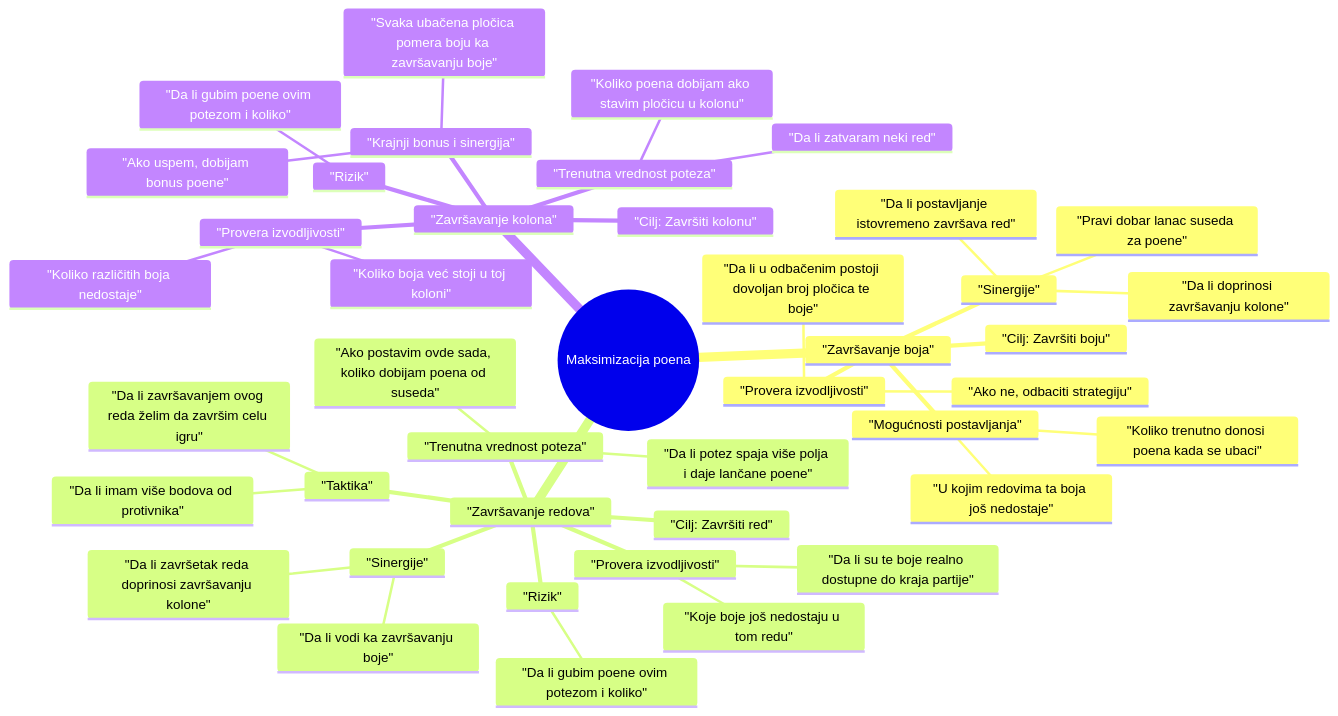
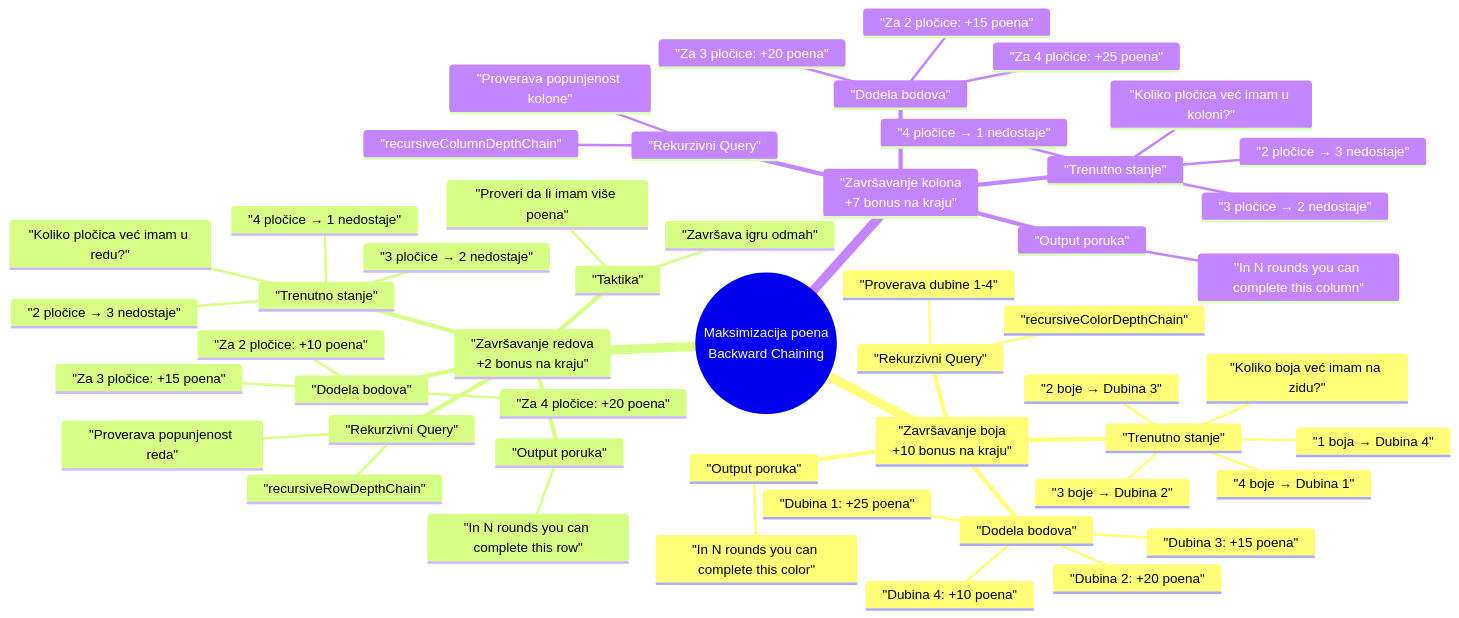
The first of 2 diagrams in README.md (borismarkovsv73/aizul), drawn with Mermaid before and after one commit. The commit also changed other lines of this file and 2 other files, not shown here.

````diff
--- a/README.md
+++ b/README.md
@@ -178,45 +116,54 @@
 ```mermaid
 mindmap
-  root((Maksimizacija poena))
-    "Završavanje boja"
-      "Cilj: Završiti boju"
-      "Provera izvodljivosti"
-        "Da li u odbačenim postoji dovoljan broj pločica te boje"
-        "Ako ne, odbaciti strategiju"
-      "Mogućnosti postavljanja"
-        "U kojim redovima ta boja još nedostaje"
-        "Koliko trenutno donosi poena kada se ubaci"
-      "Sinergije"
-        "Da li postavljanje istovremeno završava red"
-        "Da li doprinosi završavanju kolone"
-        "Pravi dobar lanac suseda za poene"
-    "Završavanje redova"
-      "Cilj: Završiti red"
-      "Provera izvodljivosti"
-        "Koje boje još nedostaju u tom redu"
-        "Da li su te boje realno dostupne do kraja partije"
-      "Trenutna vrednost poteza"
-        "Ako postavim ovde sada, koliko dobijam poena od suseda"
-        "Da li potez spaja više polja i daje lančane poene"
-      "Sinergije"
-        "Da li završetak reda doprinosi završavanju kolone"
-        "Da li vodi ka završavanju boje"
-      "Rizik"
-        "Da li gubim poene ovim potezom i koliko"
+  root((Maksimizacija poena<br/>Backward Chaining))
+    "Završavanje boja<br/>+10 bonus na kraju"
+      "Rekurzivni Query"
+        "recursiveColorDepthChain"
+        "Proverava dubine 1-4"
+      "Trenutno stanje"
+        "Koliko boja već imam na zidu?"
+        "1 boja → Dubina 4"
+        "2 boje → Dubina 3"
+        "3 boje → Dubina 2"
+        "4 boje → Dubina 1"
+      "Dodela bodova"
+        "Dubina 4: +10 poena"
+        "Dubina 3: +15 poena"
+        "Dubina 2: +20 poena"
+        "Dubina 1: +25 poena"
+      "Output poruka"
+        "In N rounds you can complete this color"
+    "Završavanje redova<br/>+2 bonus na kraju"
+      "Rekurzivni Query"
+        "recursiveRowDepthChain"
+        "Proverava popunjenost reda"
+      "Trenutno stanje"
+        "Koliko pločica već imam u redu?"
+        "2 pločice → 3 nedostaje"
+        "3 pločice → 2 nedostaje"
+        "4 pločice → 1 nedostaje"
+      "Dodela bodova"
+        "Za 2 pločice: +10 poena"
+        "Za 3 pločice: +15 poena"
+        "Za 4 pločice: +20 poena"
+      "Output poruka"
+        "In N rounds you can complete this row"
       "Taktika"
-        "Da li završavanjem ovog reda želim da završim celu igru"
-        "Da li imam više bodova od protivnika"
-    "Završavanje kolona"
-      "Cilj: Završiti kolonu"
-      "Provera izvodljivosti"
-        "Koliko boja već stoji u toj koloni"
-        "Koliko različitih boja nedostaje"
-      "Trenutna vrednost poteza"
-        "Koliko poena dobijam ako stavim pločicu u kolonu"
-        "Da li zatvaram neki red"
-      "Krajnji bonus i sinergija"
-        "Ako uspem, dobijam bonus poene"
-        "Svaka ubačena pločica pomera boju ka završavanju boje"
-      "Rizik"
-        "Da li gubim poene ovim potezom i koliko"
+        "Završava igru odmah"
+        "Proveri da li imam više poena"
+    "Završavanje kolona<br/>+7 bonus na kraju"
+      "Rekurzivni Query"
+        "recursiveColumnDepthChain"
+        "Proverava popunjenost kolone"
+      "Trenutno stanje"
+        "Koliko pločica već imam u koloni?"
+        "2 pločice → 3 nedostaje"
+        "3 pločice → 2 nedostaje"
+        "4 pločice → 1 nedostaje"
+      "Dodela bodova"
+        "Za 2 pločice: +15 poena"
+        "Za 3 pločice: +20 poena"
+        "Za 4 pločice: +25 poena"
+      "Output poruka"
+        "In N rounds you can complete this column"
 ```
````
